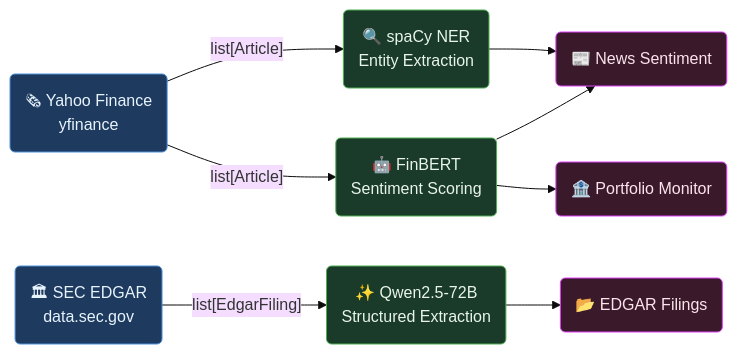
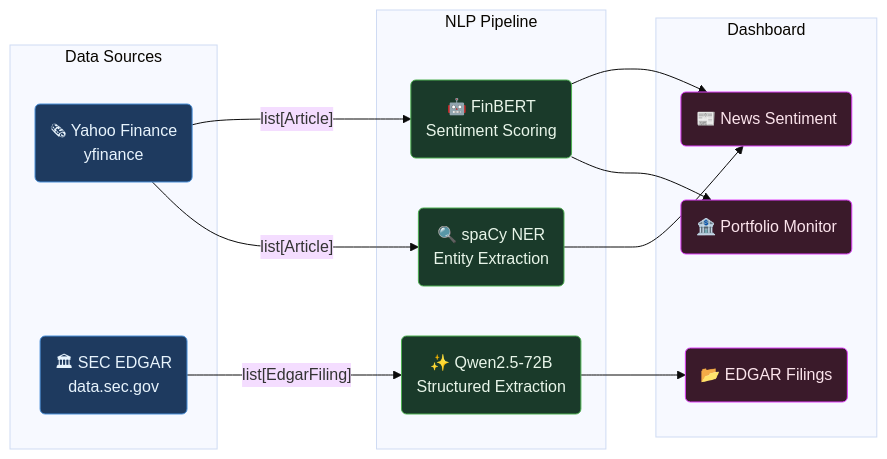
Before and after one commit to hades2905/fintext-signal-dashboard: the diagram in README.md, drawn with Mermaid (base theme).

Commit message:
docs: use subgraphs in architecture diagram for straighter, symmetrical arrows

````diff
--- a/README.md
+++ b/README.md
@@ -28,25 +28,31 @@
 ```mermaid
 flowchart LR
     classDef source fill:#1e3a5f,stroke:#4a90d9,color:#e8f4fd
     classDef model  fill:#1a3a2a,stroke:#4caf50,color:#e8f5e9
     classDef ui     fill:#3a1a2a,stroke:#e040fb,color:#fce4ec
 
-    A("🗞 Yahoo Finance\nyfinance"):::source
-    B("🏛 SEC EDGAR\ndata.sec.gov"):::source
+    subgraph SRC["  Data Sources  "]
+        A("🗞 Yahoo Finance\nyfinance"):::source
+        B("🏛 SEC EDGAR\ndata.sec.gov"):::source
+    end
 
-    C("🤖 FinBERT\nSentiment Scoring"):::model
-    D("🔍 spaCy NER\nEntity Extraction"):::model
-    E("✨ Qwen2.5-72B\nStructured Extraction"):::model
+    subgraph NLP["  NLP Pipeline  "]
+        C("🤖 FinBERT\nSentiment Scoring"):::model
+        D("🔍 spaCy NER\nEntity Extraction"):::model
+        E("✨ Qwen2.5-72B\nStructured Extraction"):::model
+    end
 
-    F("📰 News Sentiment"):::ui
-    G("📂 EDGAR Filings"):::ui
-    H("🏦 Portfolio Monitor"):::ui
+    subgraph UI["  Dashboard  "]
+        F("📰 News Sentiment"):::ui
+        G("📂 EDGAR Filings"):::ui
+        H("🏦 Portfolio Monitor"):::ui
+    end
 
     A -->|"list[Article]"| C
     A -->|"list[Article]"| D
     B -->|"list[EdgarFiling]"| E
     C --> F
     C --> H
     D --> F
     E --> G
 ```
````
